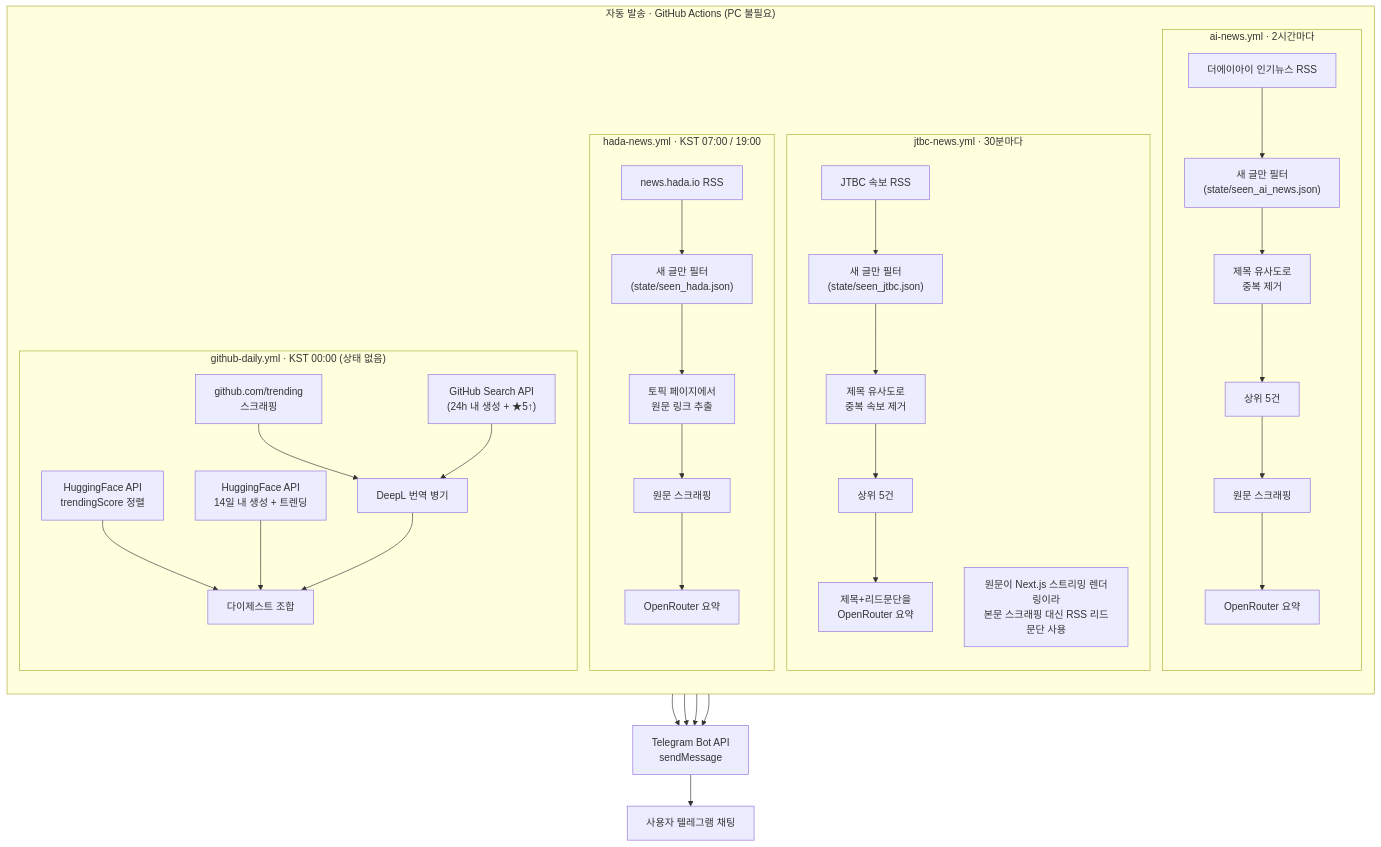
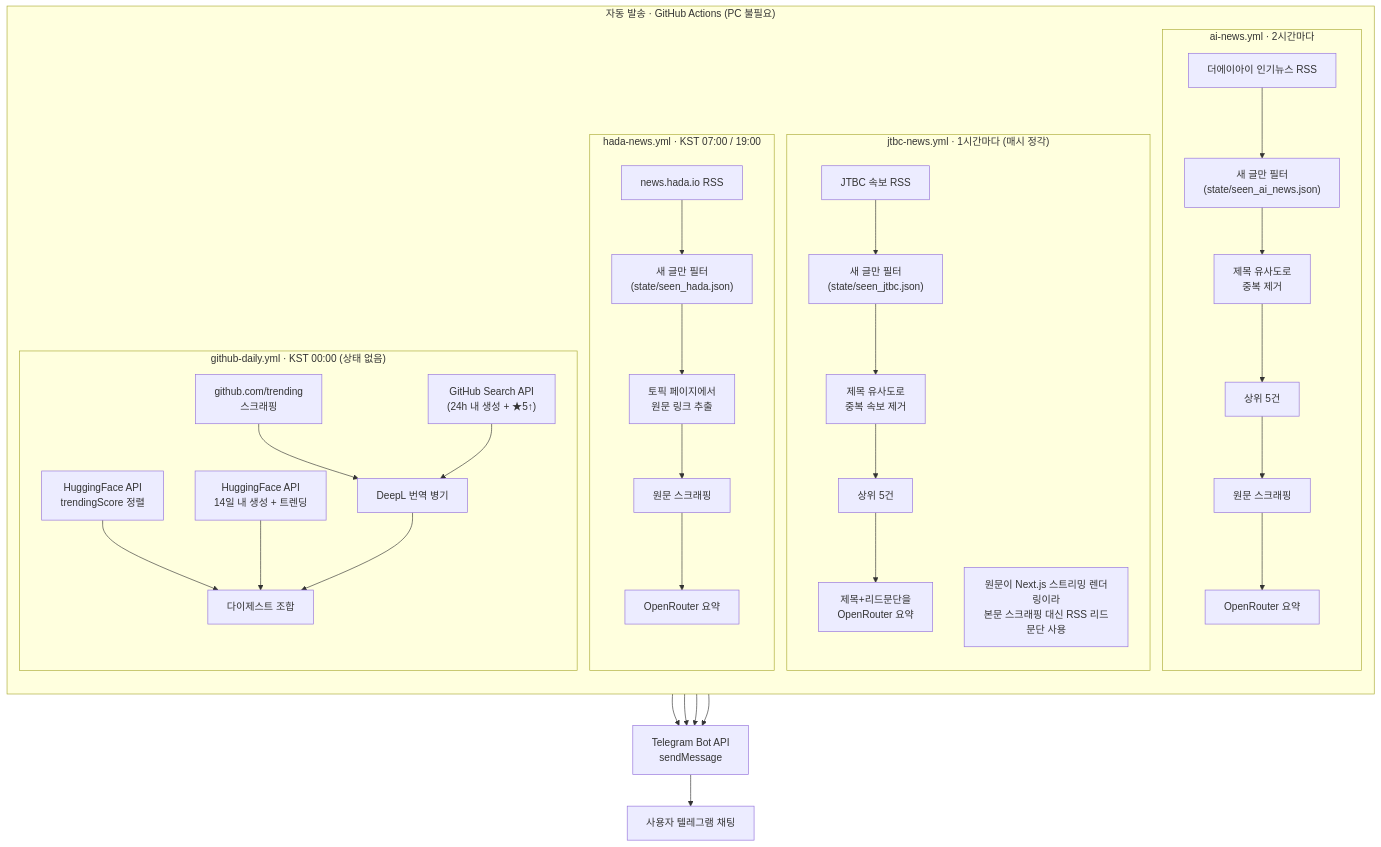
One commit to jeong7-ux/daily-brief changed the diagram in docs/architecture.md. Above: the diagram before and after it, drawn with Mermaid. The commit also changed other lines of this file, not shown here.

First line of the commit message:
docs: 저장소 public 전환 및 jtbc-news 주기 변경 반영, 변경 기록 추가

````diff
--- a/docs/architecture.md
+++ b/docs/architecture.md
@@ -10,44 +15,44 @@
 ```mermaid
 flowchart TB
     subgraph actions["자동 발송 · GitHub Actions (PC 불필요)"]
         direction TB
 
         subgraph hada["hada-news.yml · KST 07:00 / 19:00"]
             H1["news.hada.io RSS"] --> H2["새 글만 필터\n(state/seen_hada.json)"]
             H2 --> H3["토픽 페이지에서\n원문 링크 추출"]
             H3 --> H4["원문 스크래핑"]
             H4 --> H5["OpenRouter 요약"]
         end
 
-        subgraph jtbc["jtbc-news.yml · 30분마다"]
+        subgraph jtbc["jtbc-news.yml · 1시간마다 (매시 정각)"]
             J1["JTBC 속보 RSS"] --> J2["새 글만 필터\n(state/seen_jtbc.json)"]
             J2 --> J3["제목 유사도로\n중복 속보 제거"]
             J3 --> J4["상위 5건"]
             J4 --> J5["제목+리드문단을\nOpenRouter 요약"]
             note1["원문이 Next.js 스트리밍 렌더링이라\n본문 스크래핑 대신 RSS 리드문단 사용"]
         end
 
         subgraph ai["ai-news.yml · 2시간마다"]
             A1["더에이아이 인기뉴스 RSS"] --> A2["새 글만 필터\n(state/seen_ai_news.json)"]
             A2 --> A3["제목 유사도로\n중복 제거"]
             A3 --> A4["상위 5건"]
             A4 --> A5["원문 스크래핑"]
             A5 --> A6["OpenRouter 요약"]
         end
 
         subgraph gh["github-daily.yml · KST 00:00 (상태 없음)"]
             G1["github.com/trending\n스크래핑"] --> G5["DeepL 번역 병기"]
             G2["GitHub Search API\n(24h 내 생성 + ★5↑)"] --> G5
             G3["HuggingFace API\ntrendingScore 정렬"] --> G6["다이제스트 조합"]
             G4["HuggingFace API\n14일 내 생성 + 트렌딩"] --> G6
             G5 --> G6
         end
     end
 
     H5 --> TG["Telegram Bot API\nsendMessage"]
     J5 --> TG
     A6 --> TG
     G6 --> TG
 
     TG --> USER["사용자 텔레그램 채팅"]
 ```
````
